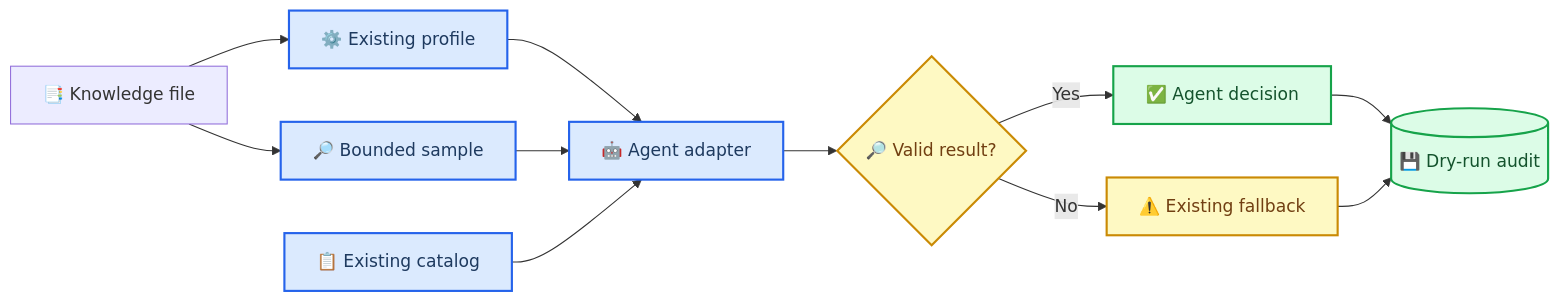
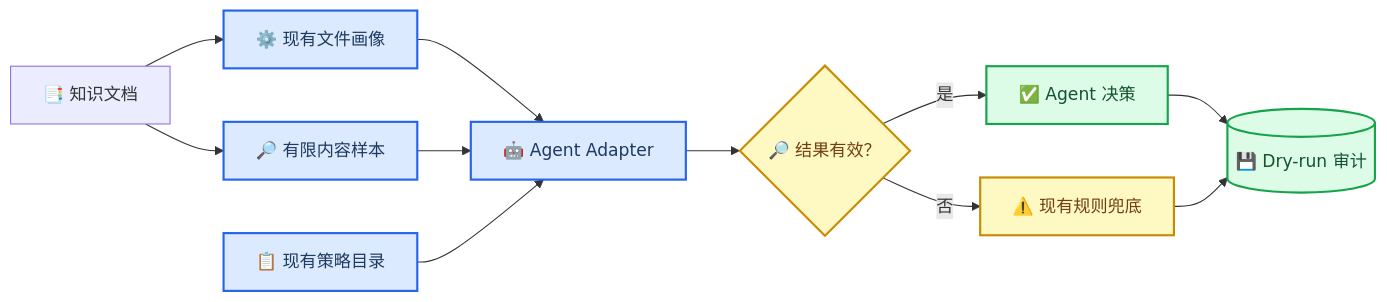
One commit to myyyyyyz/Orbit changed the diagram in docs/superpowers/specs/2026-08-02-knowledge-agent-adapter-design.md. Above: the diagram before and after it, drawn with Mermaid. The commit also changed other lines of this file, not shown here.

Commit message:
docs: translate knowledge agent adapter design

````diff
--- a/docs/superpowers/specs/2026-08-02-knowledge-agent-adapter-design.md
+++ b/docs/superpowers/specs/2026-08-02-knowledge-agent-adapter-design.md
@@ -43,24 +43,24 @@
 ```mermaid
 flowchart LR
-    accTitle: Knowledge Agent Planning Flow
-    accDescr: Each knowledge file is profiled and sampled, optionally sent to an OpenAI-compatible adapter, validated against the existing catalog, then recorded as a dry-run plan with per-file fallback.
+    accTitle: Knowledge Agent 规划流程
+    accDescr: 每份知识文档先生成画像与有限内容样本，再由可选的 OpenAI-compatible Adapter 给出建议，经过现有策略校验后写入 dry-run 审计，任一文件失败时仅对该文件执行规则兜底。
 
-    file["📑 Knowledge file"] --> profile["⚙️ Existing profile"]
-    file --> sample["🔎 Bounded sample"]
-    profile --> adapter["🤖 Agent adapter"]
+    file["📑 知识文档"] --> profile["⚙️ 现有文件画像"]
+    file --> sample["🔎 有限内容样本"]
+    profile --> adapter["🤖 Agent Adapter"]
     sample --> adapter
-    catalog["📋 Existing catalog"] --> adapter
-    adapter --> valid{"🔎 Valid result?"}
-    valid -->|Yes| decision["✅ Agent decision"]
-    valid -->|No| fallback["⚠️ Existing fallback"]
-    decision --> audit[("💾 Dry-run audit")]
+    catalog["📋 现有策略目录"] --> adapter
+    adapter --> valid{"🔎 结果有效？"}
+    valid -->|是| decision["✅ Agent 决策"]
+    valid -->|否| fallback["⚠️ 现有规则兜底"]
+    decision --> audit[("💾 Dry-run 审计")]
     fallback --> audit
 
     classDef process fill:#dbeafe,stroke:#2563eb,stroke-width:2px,color:#1e3a5f
     classDef success fill:#dcfce7,stroke:#16a34a,stroke-width:2px,color:#14532d
     classDef warning fill:#fef9c3,stroke:#ca8a04,stroke-width:2px,color:#713f12
 
     class profile,sample,adapter,catalog process
     class decision,audit success
     class valid,fallback warning
 ```
````
